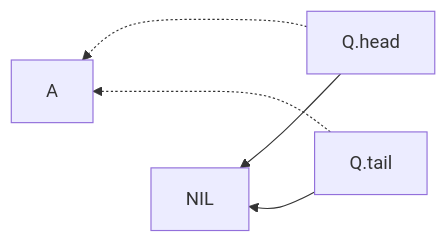
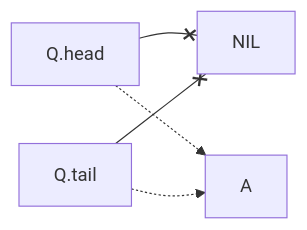
Before and after one commit to Eurydia/notes-singularity: the third of 15 diagrams in Computer science/Data structures/Queue.md, drawn with Mermaid. The commit also changed other lines of this file and 4 other files, not shown here.

````diff
--- a/Computer science/Data structures/Queue.md
+++ b/Computer science/Data structures/Queue.md
@@ -29,6 +35,6 @@
 	```mermaid
-	flowchart RL
+	flowchart LR
+		Q.head & Q.tail--xNIL
 		Q.head & Q.tail-.->A
-		Q.head & Q.tail-->NIL
-		NIL ~~~ A
+		
 	```
````
